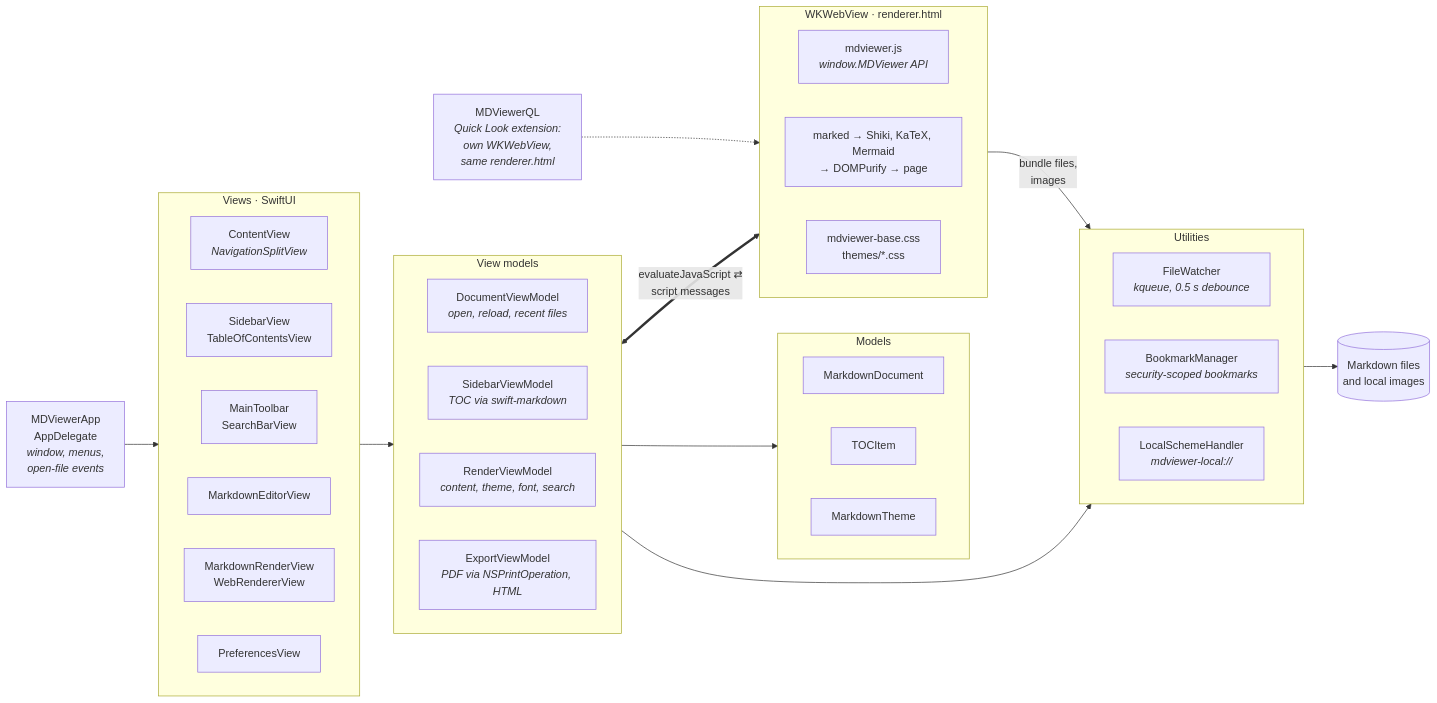
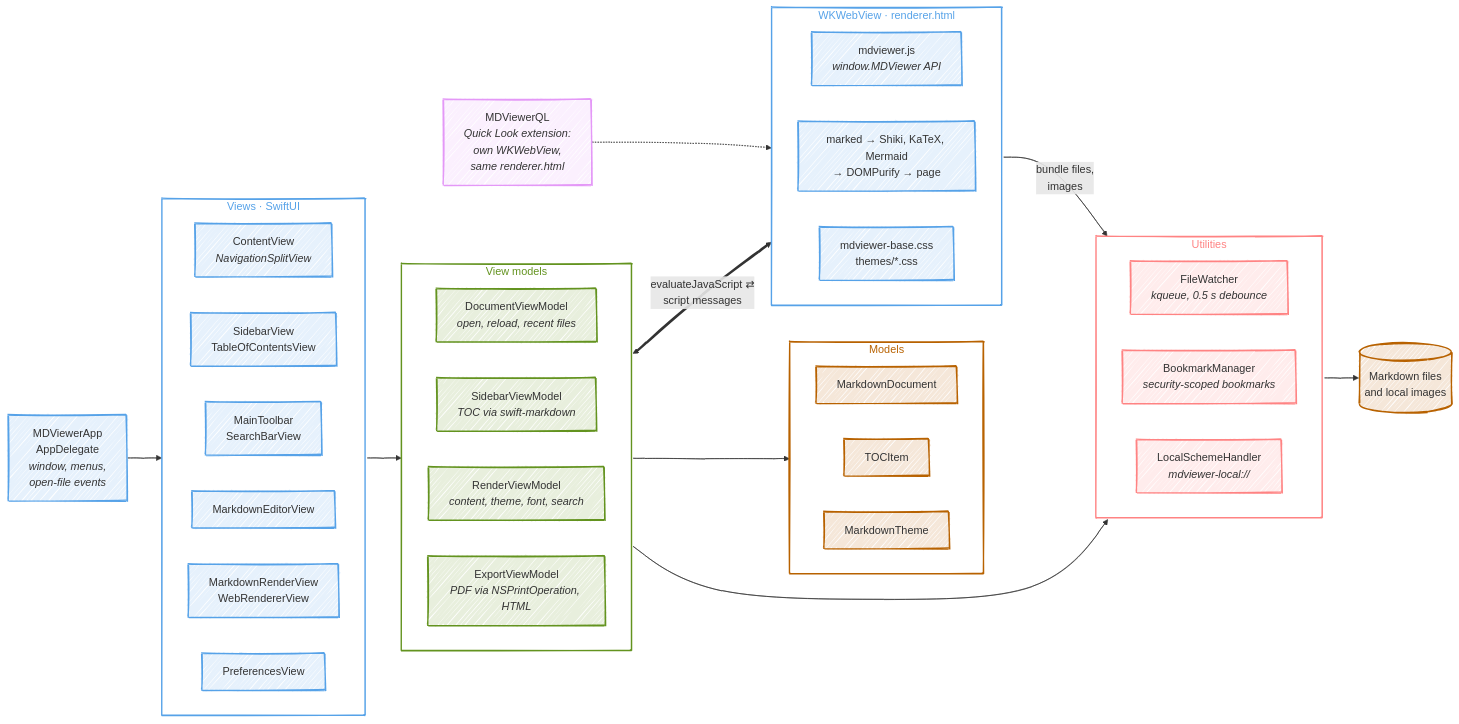
One commit to devicemanager/mdviewer changed the third of 3 diagrams in docs/development/architecture.md. Above: the diagram before and after it, drawn with Mermaid. The commit also changed other lines of this file and 1 other file, not shown here.

First line of the commit message:
Draw the architecture diagrams in a hand-drawn style

````diff
--- a/docs/development/architecture.md
+++ b/docs/development/architecture.md
@@ -132,53 +161,75 @@
 ```mermaid
+---
+config:
+  look: handDrawn
+  fontFamily: "Comic Sans MS, Chalkboard SE, Segoe Print, cursive"
+---
 flowchart LR
     entry["MDViewerApp<br/>AppDelegate<br/><i>window, menus,<br/>open-file events</i>"]
 
     subgraph views["Views · SwiftUI"]
         direction LR
         content["ContentView<br/><i>NavigationSplitView</i>"]
         sidebar["SidebarView<br/>TableOfContentsView"]
         toolbar["MainToolbar<br/>SearchBarView"]
         editor["MarkdownEditorView"]
         renderView["MarkdownRenderView<br/>WebRendererView"]
         prefs["PreferencesView"]
     end
 
     subgraph vms["View models"]
         direction LR
         docVM["DocumentViewModel<br/><i>open, reload, recent files</i>"]
         sideVM["SidebarViewModel<br/><i>TOC via swift-markdown</i>"]
         renderVM["RenderViewModel<br/><i>content, theme, font, search</i>"]
         exportVM["ExportViewModel<br/><i>PDF via NSPrintOperation, HTML</i>"]
     end
 
     subgraph models["Models"]
         direction LR
         mdDoc["MarkdownDocument"]
         tocItem["TOCItem"]
         theme["MarkdownTheme"]
     end
 
     subgraph utils["Utilities"]
         direction LR
         watcher["FileWatcher<br/><i>kqueue, 0.5 s debounce</i>"]
         bookmarks["BookmarkManager<br/><i>security-scoped bookmarks</i>"]
         scheme["LocalSchemeHandler<br/><i>mdviewer-local://</i>"]
     end
 
     subgraph web["WKWebView · renderer.html"]
         direction LR
         api["mdviewer.js<br/><i>window.MDViewer API</i>"]
         pipeline["marked → Shiki, KaTeX, Mermaid<br/>→ DOMPurify → page"]
         styles["mdviewer-base.css<br/>themes/*.css"]
     end
 
     disk[("Markdown files<br/>and local images")]
     ql["MDViewerQL<br/><i>Quick Look extension:<br/>own WKWebView,<br/>same renderer.html</i>"]
 
     entry --> views --> vms
     vms --> models
     vms --> utils --> disk
     renderVM <==>|"evaluateJavaScript ⇄<br/>script messages"| api
     web -->|"bundle files,<br/>images"| scheme
     ql -.-> web
+
+    classDef web fill:#56a2e826,stroke:#56a2e8,stroke-width:2px
+    classDef core fill:#63931f26,stroke:#63931f,stroke-width:2px
+    classDef ext fill:#ff838326,stroke:#ff8383,stroke-width:2px
+    classDef store fill:#b8620026,stroke:#b86200,stroke-width:2px
+    classDef debug fill:#e498f726,stroke:#e498f7,stroke-width:2px
+    class content,sidebar,toolbar,editor,renderView,prefs,entry web
+    class docVM,sideVM,renderVM,exportVM core
+    class mdDoc,tocItem,theme,disk store
+    class watcher,bookmarks,scheme ext
+    class api,pipeline,styles web
+    class ql debug
+    style views fill:none,stroke:#56a2e8,color:#56a2e8,stroke-width:2px
+    style vms fill:none,stroke:#63931f,color:#63931f,stroke-width:2px
+    style models fill:none,stroke:#b86200,color:#b86200,stroke-width:2px
+    style utils fill:none,stroke:#ff8383,color:#ff8383,stroke-width:2px
+    style web fill:none,stroke:#56a2e8,color:#56a2e8,stroke-width:2px
 ```
````
